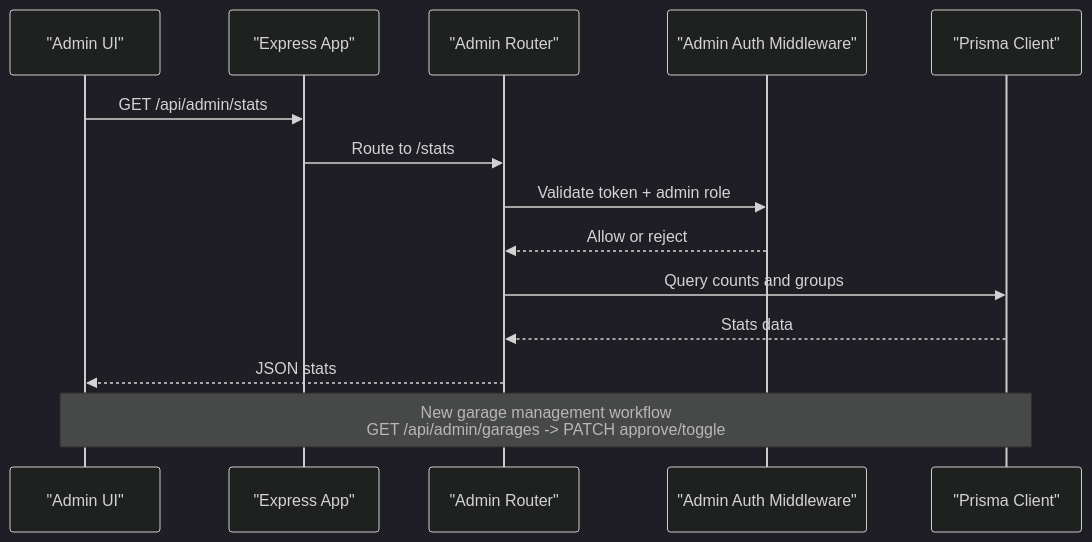
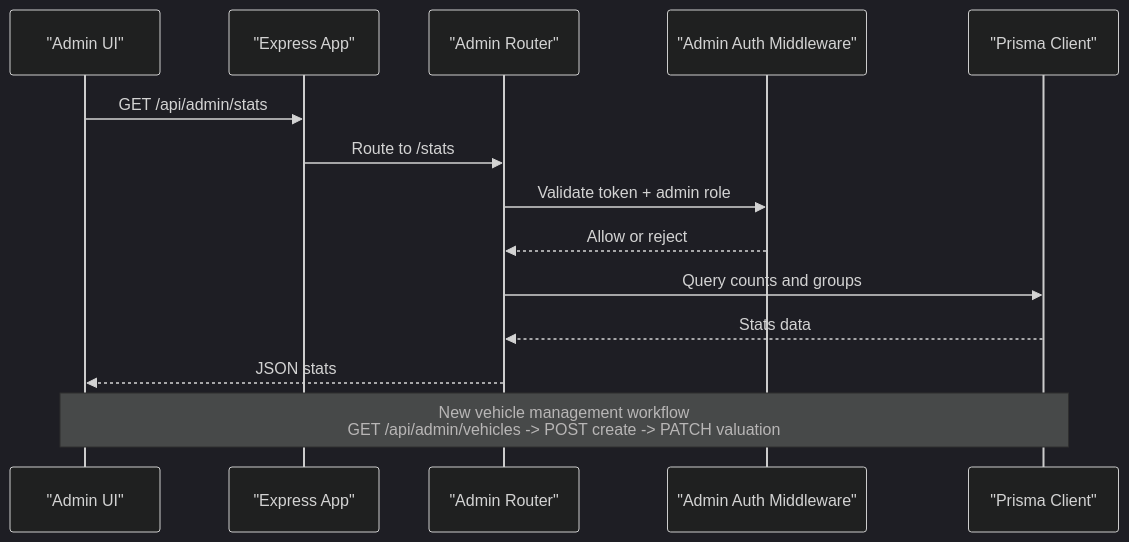
One commit to NaveenHiranya/Smart-Vehicle-Insurance-Claim-System changed the second of 12 diagrams in .qoder/repowiki/en/content/Backend Documentation/API Endpoints Reference/Administrative Endpoints.md. Above: the diagram before and after it, drawn with Mermaid (dark theme). The commit also changed other lines of this file and 45 other files, not shown here.

````diff
--- a/.qoder/repowiki/en/content/Backend Documentation/API Endpoints Reference/Administrative Endpoints.md
+++ b/.qoder/repowiki/en/content/Backend Documentation/API Endpoints Reference/Administrative Endpoints.md
@@ -104,16 +109,16 @@
 ```mermaid
 sequenceDiagram
 participant FE as "Admin UI"
 participant API as "Express App"
 participant AR as "Admin Router"
 participant MA as "Admin Auth Middleware"
 participant DB as "Prisma Client"
 FE->>API : GET /api/admin/stats
 API->>AR : Route to /stats
 AR->>MA : Validate token + admin role
 MA-->>AR : Allow or reject
 AR->>DB : Query counts and groups
 DB-->>AR : Stats data
 AR-->>FE : JSON stats
-Note over FE,DB : New garage management workflow<br/>GET /api/admin/garages -> PATCH approve/toggle
+Note over FE,DB : New vehicle management workflow<br/>GET /api/admin/vehicles -> POST create -> PATCH valuation
 ```
````
